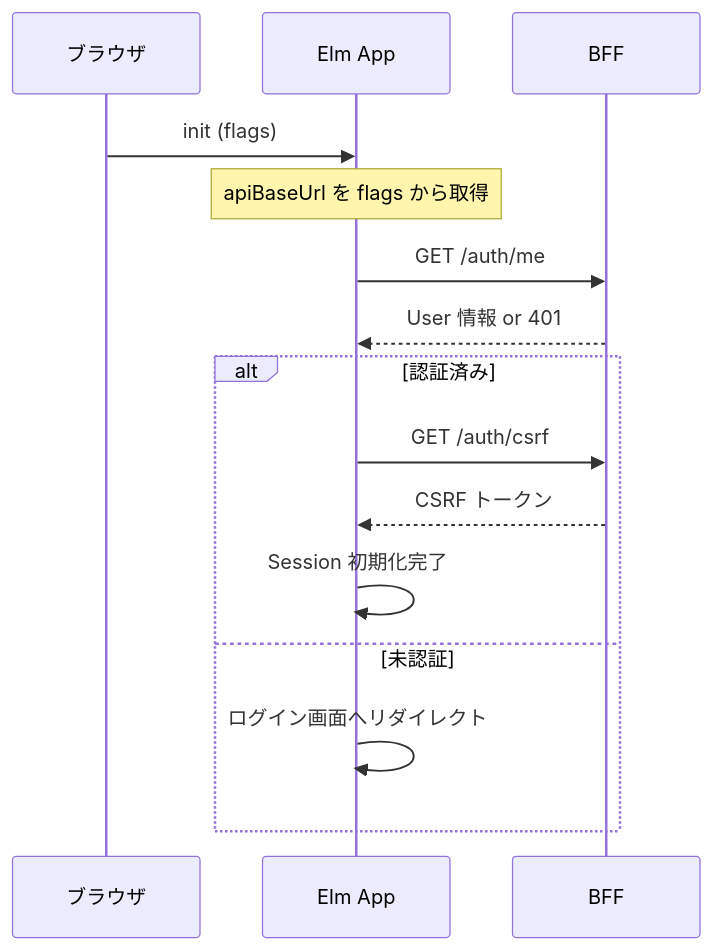
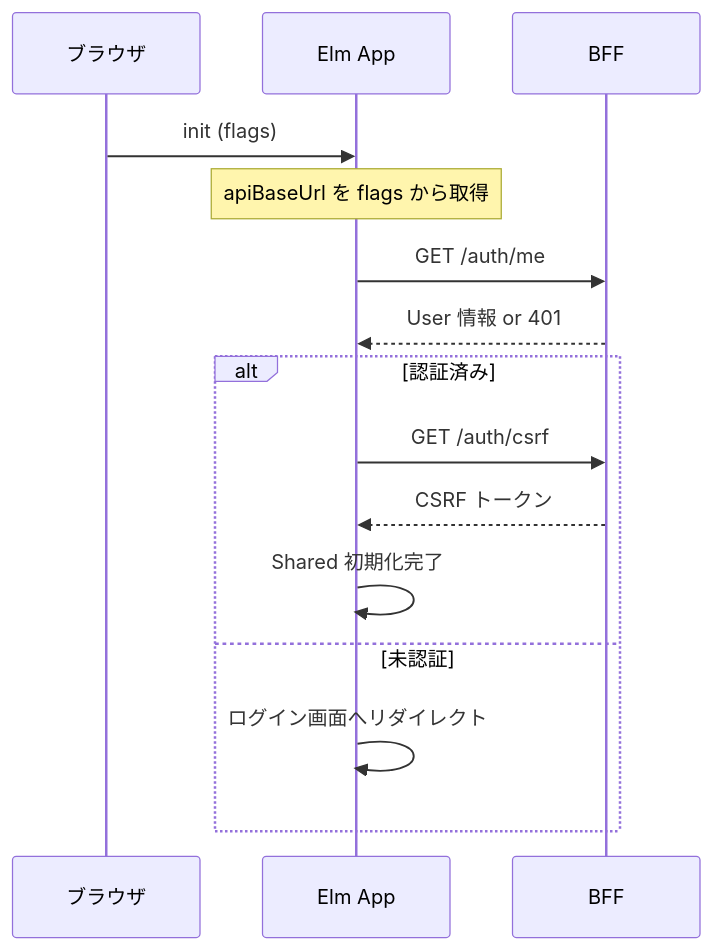
The second of 7 diagrams in docs/03_詳細設計書/10_ワークフロー申請フォームUI設計.md (ka2kama/ringiflow), drawn with Mermaid before and after one commit. The commit also changed other lines of this file and 9 other files, not shown here.

First line of the commit message:
Session を Shared にリネーム (#160)

````diff
--- a/docs/03_詳細設計書/10_ワークフロー申請フォームUI設計.md
+++ b/docs/03_詳細設計書/10_ワークフロー申請フォームUI設計.md
@@ -193,18 +193,18 @@
 ```mermaid
 sequenceDiagram
     participant Browser as ブラウザ
     participant Elm as Elm App
     participant BFF as BFF
 
     Browser->>Elm: init (flags)
     Note over Elm: apiBaseUrl を flags から取得
     Elm->>BFF: GET /auth/me
     BFF-->>Elm: User 情報 or 401
     alt 認証済み
         Elm->>BFF: GET /auth/csrf
         BFF-->>Elm: CSRF トークン
-        Elm->>Elm: Session 初期化完了
+        Elm->>Elm: Shared 初期化完了
     else 未認証
         Elm->>Elm: ログイン画面へリダイレクト
     end
 ```
````
